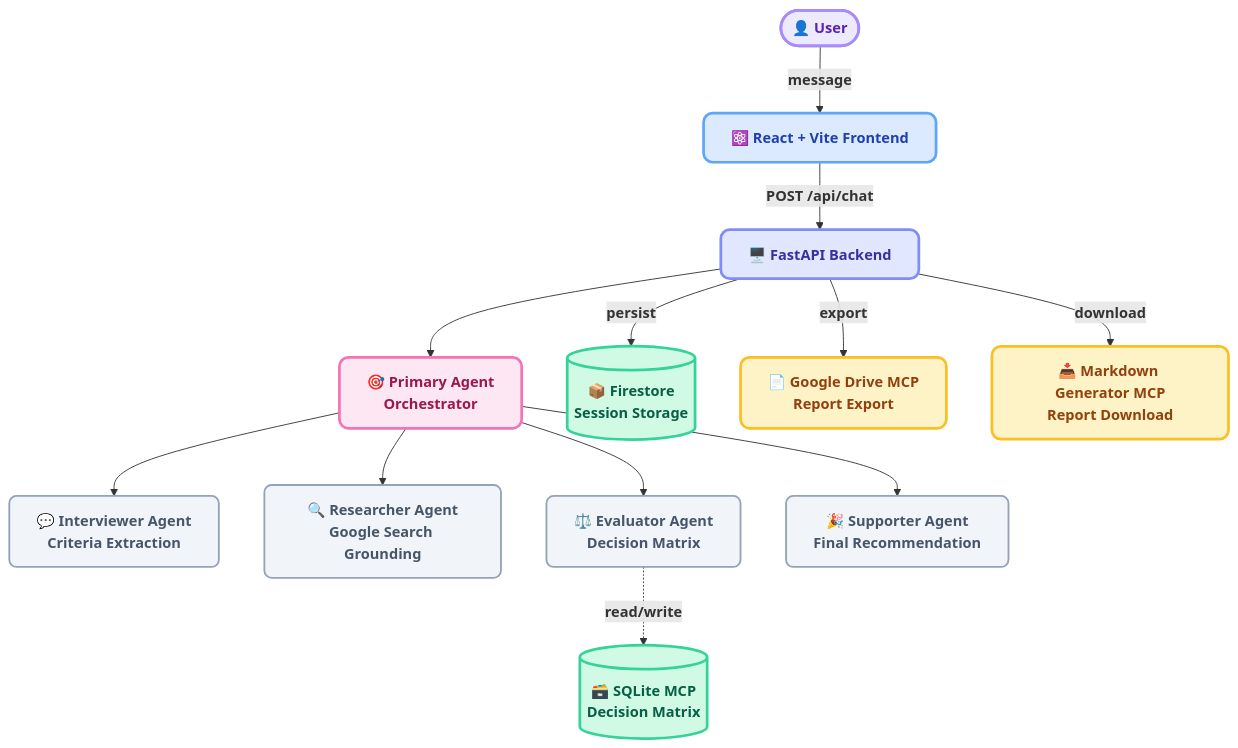
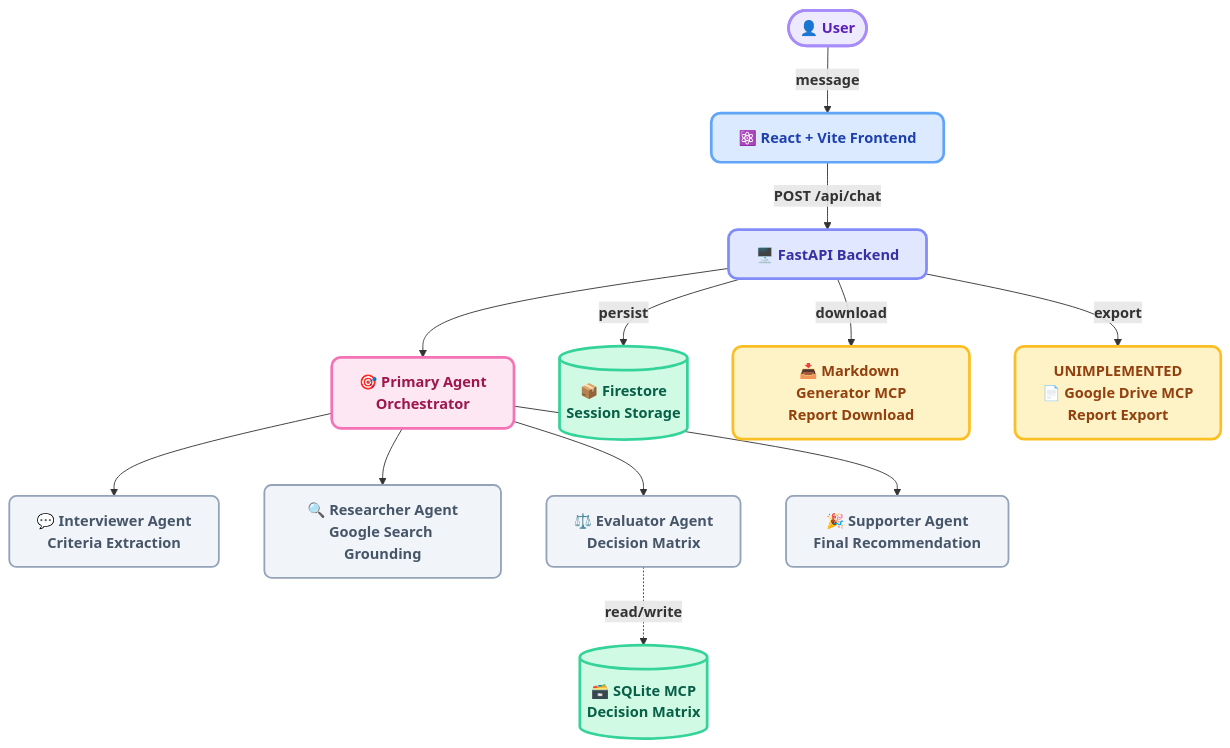
Before and after one commit to withered-flowers/apps-hackathon-project-adk: the third of 3 diagrams in README.md, drawn with Mermaid. The commit also changed other lines of this file, not shown here.

Commit message:
feat(ai): create use case and mock diagram

````diff
--- a/README.md
+++ b/README.md
@@ -27,30 +114,30 @@
 ```mermaid
 graph TD
     classDef userNode fill:#ede9fe,stroke:#a78bfa,color:#5b21b6,stroke-width:3px,rx:10px,ry:10px
     classDef frontendNode fill:#dbeafe,stroke:#60a5fa,color:#1e40af,stroke-width:3px,rx:10px,ry:10px
     classDef backendNode fill:#e0e7ff,stroke:#818cf8,color:#3730a3,stroke-width:3px,rx:10px,ry:10px
     classDef orchestratorNode fill:#fce7f3,stroke:#f472b6,color:#9d174d,stroke-width:3px,rx:10px,ry:10px
     classDef agentNode fill:#f1f5f9,stroke:#94a3b8,color:#475569,stroke-width:2px,rx:8px,ry:8px
     classDef storageNode fill:#d1fae5,stroke:#34d399,color:#065f46,stroke-width:3px,rx:10px,ry:10px
     classDef exportNode fill:#fef3c7,stroke:#fbbf24,color:#92400e,stroke-width:3px,rx:10px,ry:10px
 
     User(["<b>👤 User</b>"]) -->|"<b>message</b>"| FE["<b>⚛️ React + Vite Frontend</b>"]
     FE -->|"<b>POST /api/chat</b>"| BE["<b>🖥️ FastAPI Backend</b>"]
     BE --> PA["<b>🎯 Primary Agent<br/>Orchestrator</b>"]
     PA --> IA["<b>💬 Interviewer Agent<br/>Criteria Extraction</b>"]
     PA --> RA["<b>🔍 Researcher Agent<br/>Google Search Grounding</b>"]
     PA --> EA["<b>⚖️ Evaluator Agent<br/>Decision Matrix</b>"]
     PA --> SA["<b>🎉 Supporter Agent<br/>Final Recommendation</b>"]
     EA -.->|"<b>read/write</b>"| MCP[("<b>🗃️ SQLite MCP<br/>Decision Matrix</b>")]
     BE -->|"<b>persist</b>"| FS[("<b>📦 Firestore<br/>Session Storage</b>")]
-    BE -->|"<b>export</b>"| DM["<b>📄 Google Drive MCP<br/>Report Export</b>"]
     BE -->|"<b>download</b>"| MG["<b>📥 Markdown Generator MCP<br/>Report Download</b>"]
+    BE -->|"<b>export</b>"| DM["<b>UNIMPLEMENTED<br/>📄 Google Drive MCP<br/>Report Export</b>"]
 
     class User userNode
     class FE frontendNode
     class BE backendNode
     class PA orchestratorNode
     class IA,RA,EA,SA agentNode
     class MCP,FS storageNode
     class DM,MG exportNode
 ```
````
